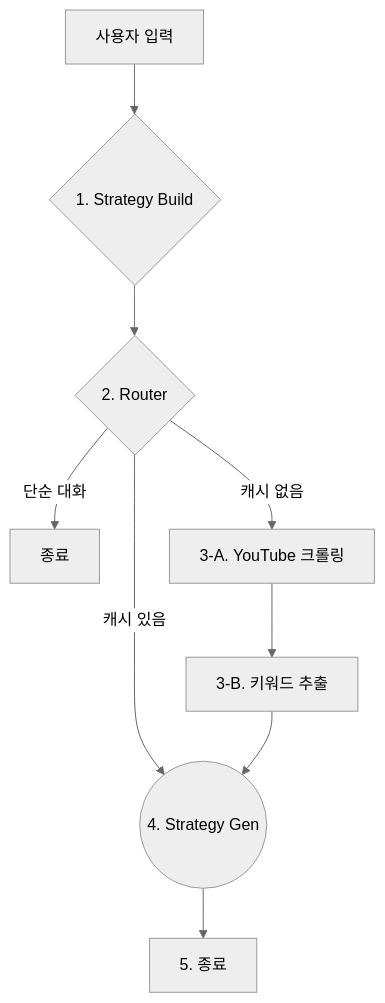
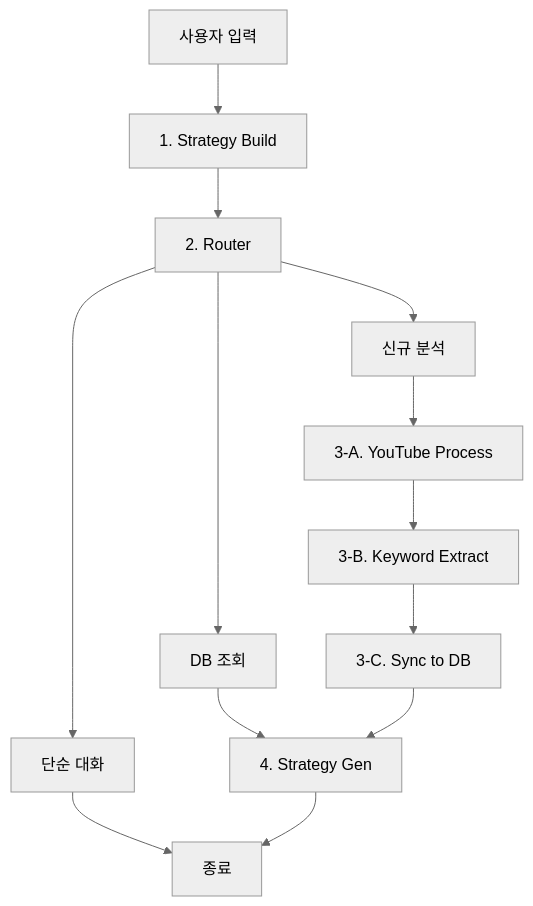
One commit to kwjj0820/Trend-Mirror changed the diagram in README.md. Above: the diagram before and after it, drawn with Mermaid (neutral theme). The commit also changed other lines of this file and 2 other files, not shown here.

````diff
--- a/README.md
+++ b/README.md
@@ -20,41 +17,19 @@
 ```mermaid
+graph TD;
+    Start[사용자 입력] --> StrategyBuild[1. Strategy Build];
+    StrategyBuild --> Router[2. Router];
+    
+    Router --> Chitchat[단순 대화];
+    Router --> CacheHit[DB 조회];
+    Router --> CacheMiss[신규 분석];
 
+    Chitchat --> End[종료];
+    CacheHit --> StrategyGen[4. Strategy Gen];
+    
+    CacheMiss --> YoutubeProcess[3-A. YouTube Process];
+    YoutubeProcess --> KeywordExtract[3-B. Keyword Extract];
+    KeywordExtract --> SyncToDB[3-C. Sync to DB];
+    SyncToDB --> StrategyGen;
 
-
-graph TD
-
-
-
-    A[사용자 입력] --> B{1. Strategy Build};
-
-
-
-    B --> C{2. Router};
-
-
-
-    C --"단순 대화"--> D[종료];
-
-
-
-    C --"캐시 있음"--> F((4. Strategy Gen));
-
-
-
-    C --"캐시 없음"--> E1[3-A. YouTube 크롤링];
-
-
-
-    E1 --> E2[3-B. 키워드 추출];
-
-
-
-    E2 --> F;
-
-
-
-    F --> G[5. 종료];
-
-
-
+    StrategyGen --> End;
 ```
````
